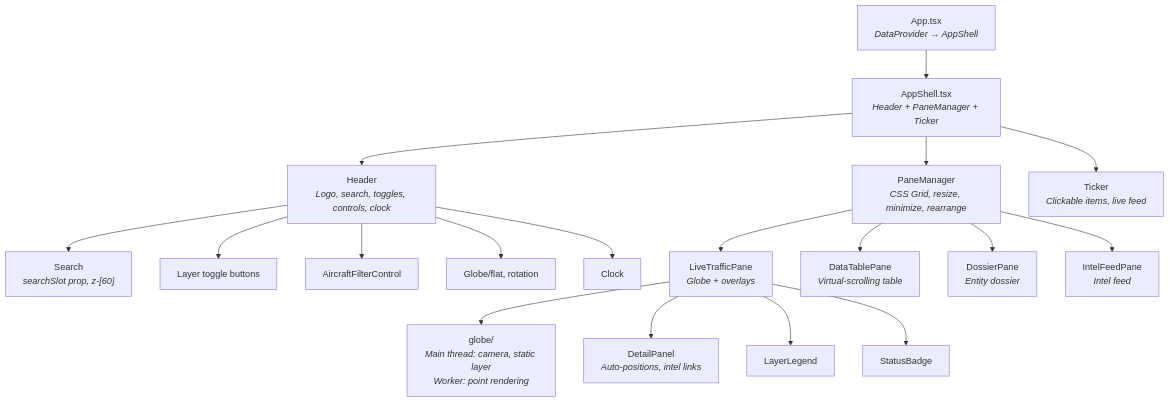
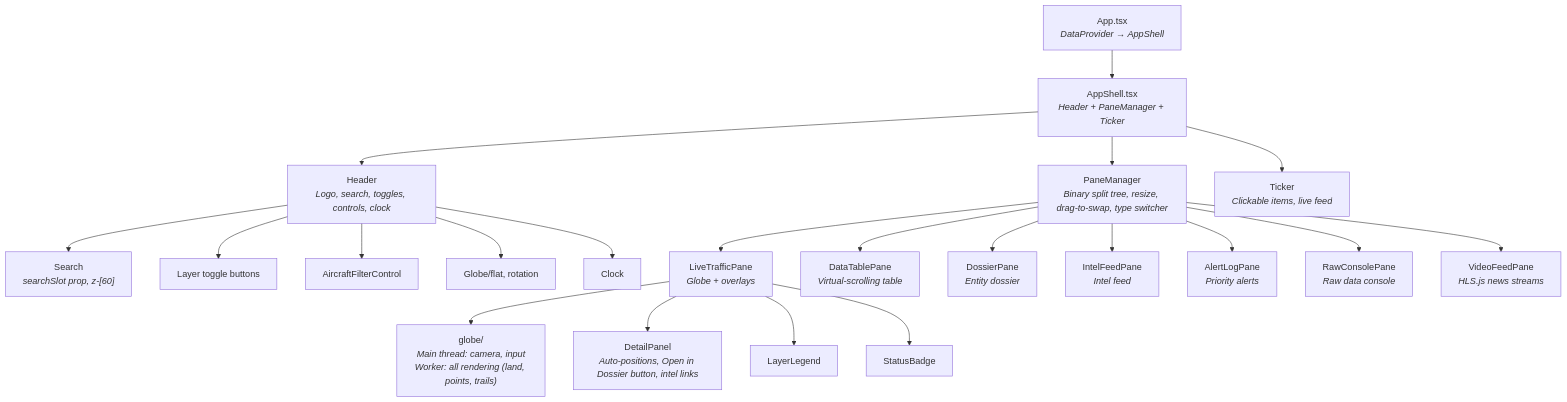
Before and after one commit to iiTONELOC/sigint: the second of 2 diagrams in docs/architecture.md, drawn with Mermaid. The commit also changed other lines of this file and 32 other files, not shown here.

````diff
--- a/docs/architecture.md
+++ b/docs/architecture.md
@@ -255,25 +271,28 @@
 ```mermaid
 graph TD
     App["App.tsx<br/><i>DataProvider → AppShell</i>"]
     App --> AppShell["AppShell.tsx<br/><i>Header + PaneManager + Ticker</i>"]
 
     AppShell --> Header["Header<br/><i>Logo, search, toggles, controls, clock</i>"]
     Header --> SearchComp["Search<br/><i>searchSlot prop, z-[60]</i>"]
     Header --> LayerToggles["Layer toggle buttons"]
     Header --> AircraftFC["AircraftFilterControl"]
     Header --> ViewControls["Globe/flat, rotation"]
     Header --> Clock["Clock"]
 
-    AppShell --> PM["PaneManager<br/><i>CSS Grid, resize, minimize, rearrange</i>"]
+    AppShell --> PM["PaneManager<br/><i>Binary split tree, resize, drag-to-swap, type switcher</i>"]
     PM --> LTP["LiveTrafficPane<br/><i>Globe + overlays</i>"]
     PM --> DTP["DataTablePane<br/><i>Virtual-scrolling table</i>"]
     PM --> DSP["DossierPane<br/><i>Entity dossier</i>"]
     PM --> IFP["IntelFeedPane<br/><i>Intel feed</i>"]
+    PM --> ALP["AlertLogPane<br/><i>Priority alerts</i>"]
+    PM --> RCP["RawConsolePane<br/><i>Raw data console</i>"]
+    PM --> VFP["VideoFeedPane<br/><i>HLS.js news streams</i>"]
 
-    LTP --> GlobeViz["globe/<br/><i>Main thread: camera, static layer<br/>Worker: point rendering</i>"]
-    LTP --> DetailPanel["DetailPanel<br/><i>Auto-positions, intel links</i>"]
+    LTP --> GlobeViz["globe/<br/><i>Main thread: camera, input<br/>Worker: all rendering (land, points, trails)</i>"]
+    LTP --> DetailPanel["DetailPanel<br/><i>Auto-positions, Open in Dossier button, intel links</i>"]
     LTP --> LayerLegend["LayerLegend"]
     LTP --> StatusBadge["StatusBadge"]
 
     AppShell --> Ticker["Ticker<br/><i>Clickable items, live feed</i>"]
 ```
````
